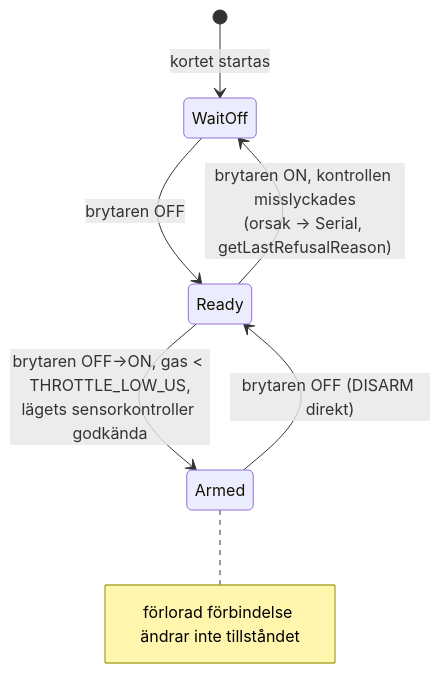
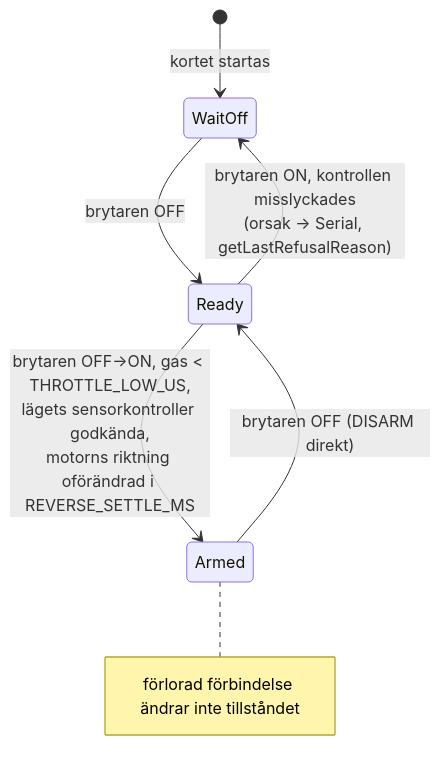
Before and after one commit to damir-lebedev/OpenPlaneProject: the seventh of 11 diagrams in docs/i18n/sv/ARCHITECTURE.md, drawn with Mermaid. The commit also changed other lines of this file and 166 other files, not shown here.

````diff
--- a/docs/i18n/sv/ARCHITECTURE.md
+++ b/docs/i18n/sv/ARCHITECTURE.md
@@ -453,9 +459,9 @@
 ```mermaid
 stateDiagram-v2
     [*] --> WaitOff : kortet startas
     WaitOff --> Ready : brytaren OFF
-    Ready --> Armed : brytaren OFF→ON, gas < THROTTLE_LOW_US,<br/>lägets sensorkontroller godkända
+    Ready --> Armed : brytaren OFF→ON, gas < THROTTLE_LOW_US,<br/>lägets sensorkontroller godkända,<br/>motorns riktning oförändrad i REVERSE_SETTLE_MS
     Ready --> WaitOff : brytaren ON, kontrollen misslyckades<br/>(orsak → Serial, getLastRefusalReason)
     Armed --> Ready : brytaren OFF (DISARM direkt)
     note right of Armed : förlorad förbindelse ändrar inte tillståndet
 ```
````
